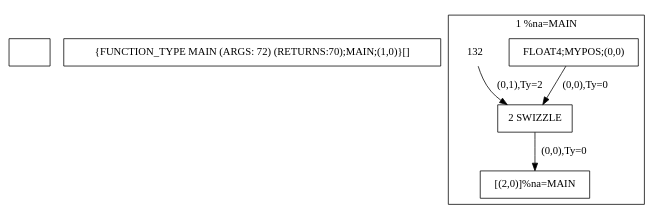
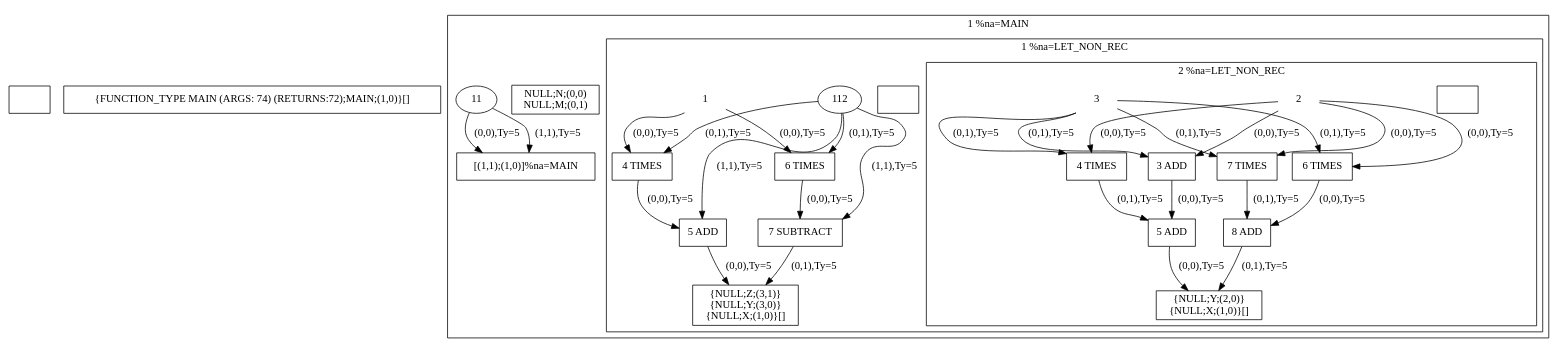
One commit to qram9/sisal changed the diagram in out.dot. Above: the diagram before and after it, drawn with Graphviz. The commit also changed 9 other files, not shown here.

```diff
--- a/out.dot
+++ b/out.dot
@@ -1,14 +1,58 @@
 digraph R {
 newrank=true;
 IN00 [shape=rect;label=""];
-OUT00 [shape=rect;label="{FUNCTION_TYPE MAIN (ARGS: 72) (RETURNS:70);MAIN;(1,0)}[]"];
+OUT00 [shape=rect;label="{FUNCTION_TYPE MAIN (ARGS: 74) (RETURNS:72);MAIN;(1,0)}[]"];
 subgraph cluster_01 {
 label="1 %na=MAIN";
-IN01 [shape=rect;label="FLOAT4;MYPOS;(0,0)"];
-OUT01 [shape=rect;label="[(2,0)]%na=MAIN"];
-11 [shape=plaintext;label="132"];
-12 [shape=rect;label="2 SWIZZLE"]
-IN01 ->  12 [label="(0,0),Ty=0"]
-11 ->  12 [label="(0,1),Ty=2"]
-12 ->  OUT01 [label="(0,0),Ty=0"]
+IN01 [shape=rect;label="NULL;N;(0,0)\nNULL;M;(0,1)"];
+OUT01 [shape=rect;label="[(1,1);(1,0)]%na=MAIN"];
+subgraph cluster_11 {
+label="1 %na=LET_NON_REC";
+IN011 [shape=rect;label=""];
+OUT011 [shape=rect;label="{NULL;Z;(3,1)}\n{NULL;Y;(3,0)}\n{NULL;X;(1,0)}[]"];
+111 [shape=plaintext;label="1"];
+subgraph cluster_112 {
+label="2 %na=LET_NON_REC";
+IN0112 [shape=rect;label=""];
+OUT0112 [shape=rect;label="{NULL;Y;(2,0)}\n{NULL;X;(1,0)}[]"];
+1121 [shape=plaintext;label="2"];
+1122 [shape=plaintext;label="3"];
+1123 [shape=rect;label="3 ADD"];
+1124 [shape=rect;label="4 TIMES"];
+1125 [shape=rect;label="5 ADD"];
+1126 [shape=rect;label="6 TIMES"];
+1127 [shape=rect;label="7 TIMES"];
+1128 [shape=rect;label="8 ADD"]
+1121 ->  1123 [label="(0,0),Ty=5"]
+1121 ->  1124 [label="(0,0),Ty=5"]
+1121 ->  1126 [label="(0,0),Ty=5"]
+1121 ->  1127 [label="(0,0),Ty=5"]
+1122 ->  1123 [label="(0,1),Ty=5"]
+1122 ->  1124 [label="(0,1),Ty=5"]
+1122 ->  1126 [label="(0,1),Ty=5"]
+1122 ->  1127 [label="(0,1),Ty=5"]
+1123 ->  1125 [label="(0,0),Ty=5"]
+1124 ->  1125 [label="(0,1),Ty=5"]
+1125 ->  OUT0112 [label="(0,0),Ty=5"]
+1126 ->  1128 [label="(0,0),Ty=5"]
+1127 ->  1128 [label="(0,1),Ty=5"]
+1128 ->  OUT0112 [label="(0,1),Ty=5"]
+};
+114 [shape=rect;label="4 TIMES"];
+115 [shape=rect;label="5 ADD"];
+116 [shape=rect;label="6 TIMES"];
+117 [shape=rect;label="7 SUBTRACT"]
+111 ->  114 [label="(0,0),Ty=5"]
+111 ->  116 [label="(0,0),Ty=5"]
+112 ->  114 [label="(0,1),Ty=5"]
+112 ->  115 [label="(1,1),Ty=5"]
+112 ->  116 [label="(0,1),Ty=5"]
+112 ->  117 [label="(1,1),Ty=5"]
+114 ->  115 [label="(0,0),Ty=5"]
+115 ->  OUT011 [label="(0,0),Ty=5"]
+116 ->  117 [label="(0,0),Ty=5"]
+117 ->  OUT011 [label="(0,1),Ty=5"]
+}
+11 ->  OUT01 [label="(0,0),Ty=5"]
+11 ->  OUT01 [label="(1,1),Ty=5"]
 }}
```
